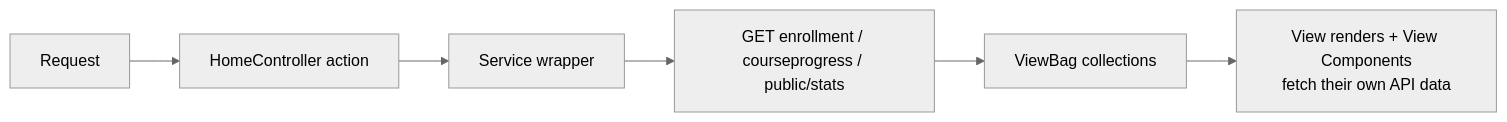
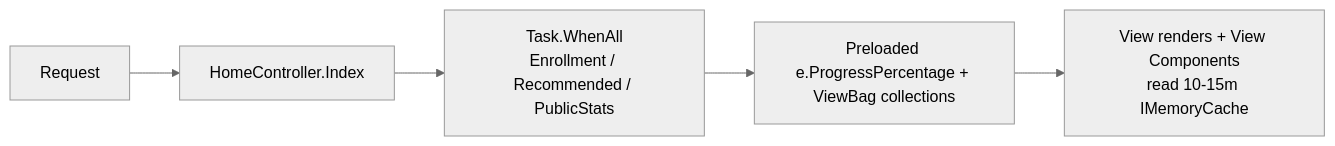
The second of 3 diagrams in Documentation/Modules/MVC/Learner/HomeController.md (MohamedGasser15/Education-Lab), drawn with Mermaid (neutral theme) before and after one commit. The commit also changed other lines of this file and 20 other files, not shown here.

Commit message:
docs(modules): update system architecture and module documentation

````diff
--- a/Documentation/Modules/MVC/Learner/HomeController.md
+++ b/Documentation/Modules/MVC/Learner/HomeController.md
@@ -148,8 +155,7 @@
 ```mermaid
 flowchart LR
-    A[Request] --> B[HomeController action]
-    B --> C[Service wrapper]
-    C --> D[GET enrollment / courseprogress / public/stats]
-    D --> E[ViewBag collections]
-    E --> F[View renders + View Components<br/>fetch their own API data]
+    A[Request] --> B[HomeController.Index]
+    B --> C[Task.WhenAll<br/>Enrollment / Recommended / PublicStats]
+    C --> D[Preloaded e.ProgressPercentage + ViewBag collections]
+    D --> F[View renders + View Components<br/>read 10-15m IMemoryCache]
 ```
````
